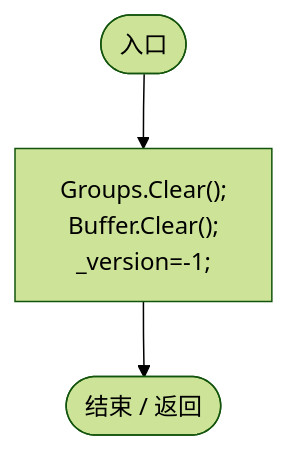
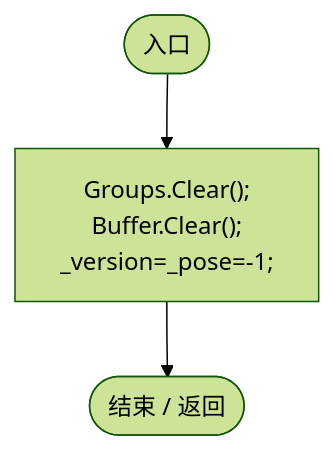
Before and after one commit to xhs6666/Darwin_paradise: the third of 7 diagrams in Docs/运行流程图/脚本/97a3c8522367343a.md, drawn with Mermaid (forest theme). The commit also changed other lines of this file and 297 other files, not shown here.

````diff
--- a/Docs/运行流程图/脚本/97a3c8522367343a.md
+++ b/Docs/运行流程图/脚本/97a3c8522367343a.md
@@ -138,9 +142,9 @@
 ```mermaid
 flowchart TD
   b0(["入口"])
-  b1["Groups.Clear();<br/>Buffer.Clear();<br/>_version=-1;"]
+  b1["Groups.Clear();<br/>Buffer.Clear();<br/>_version=_pose=-1;"]
   b2(["结束 / 返回"])
   b0 --> b1
   b1 --> b2
 
 ```
````
